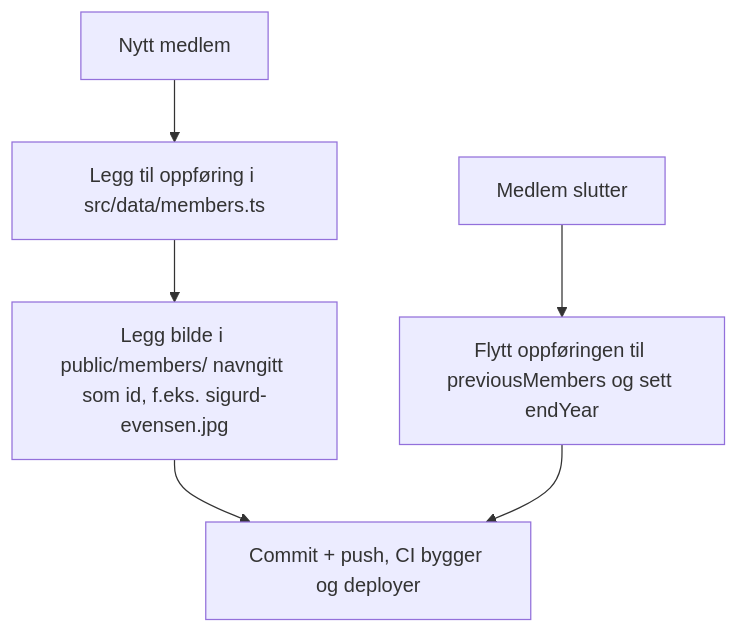
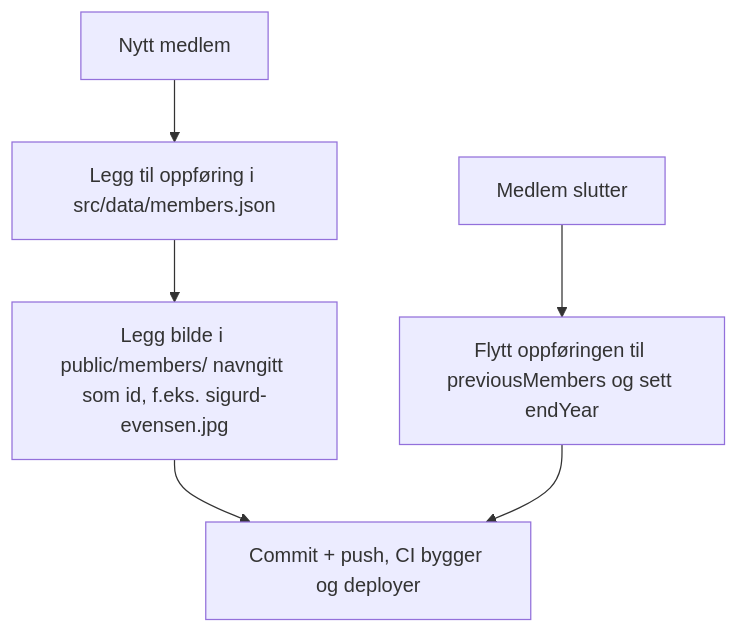
The third of 3 diagrams in README.md (TIHLDE/Fondet), drawn with Mermaid before and after one commit. The commit also changed other lines of this file and 1 other file, not shown here.

First line of the commit message:
docs: admin area ops notes, widen volume mount to the whole data dir

````diff
--- a/README.md
+++ b/README.md
@@ -165,8 +180,8 @@
 ```mermaid
 flowchart TD
-    A[Nytt medlem] --> B[Legg til oppføring i src/data/members.ts]
+    A[Nytt medlem] --> B[Legg til oppføring i src/data/members.json]
     B --> C[Legg bilde i public/members/ navngitt som id, f.eks. sigurd-evensen.jpg]
     C --> D[Commit + push, CI bygger og deployer]
     E[Medlem slutter] --> F[Flytt oppføringen til previousMembers og sett endYear]
     F --> D
 ```
````
